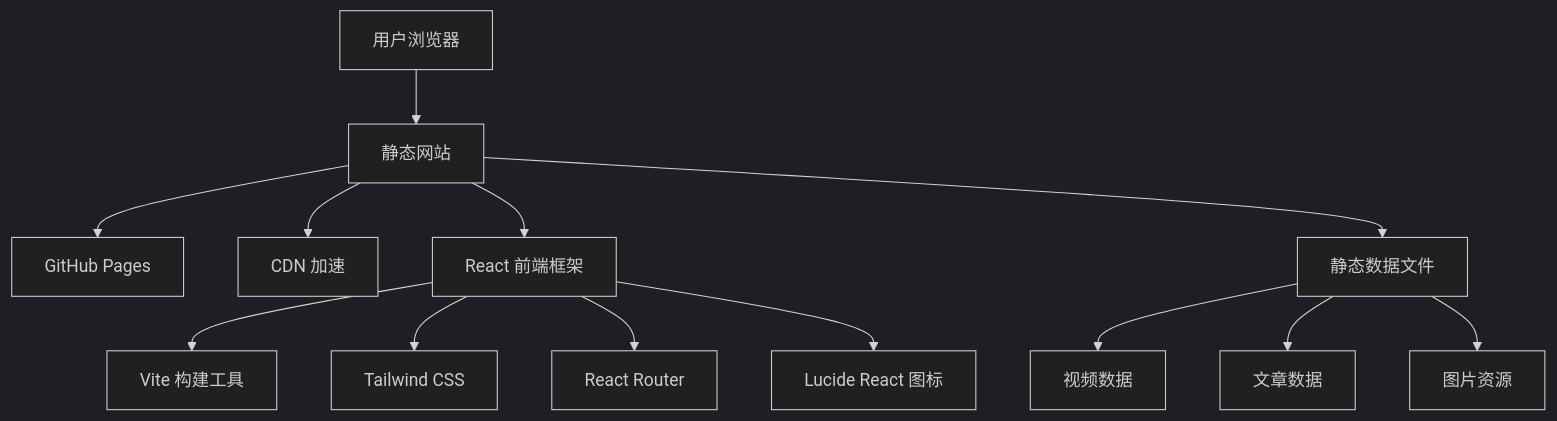
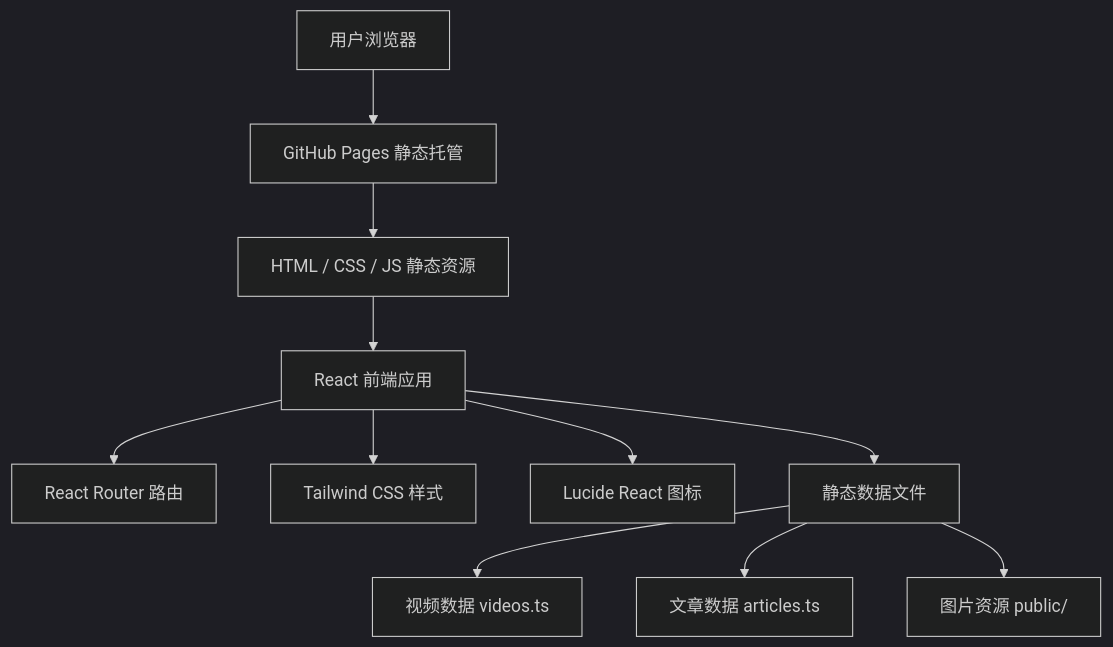
The diagram in .trae/documents/Technical-Architecture.md (Asterial0306/Asterial-Blog), drawn with Mermaid (dark theme) before and after one commit. The commit also changed other lines of this file and 37 other files, not shown here.

````diff
--- a/.trae/documents/Technical-Architecture.md
+++ b/.trae/documents/Technical-Architecture.md
@@ -2,15 +5,13 @@
 ```mermaid
 flowchart TD
-    A[用户浏览器] --> B[静态网站]
-    B --> C[GitHub Pages]
-    B --> D[CDN 加速]
-    B --> E[React 前端框架]
-    E --> F[Vite 构建工具]
-    E --> G[Tailwind CSS]
-    E --> H[React Router]
-    E --> I[Lucide React 图标]
-    B --> J[静态数据文件]
-    J --> K[视频数据]
-    J --> L[文章数据]
-    J --> M[图片资源]
+    A[用户浏览器] --> B[GitHub Pages 静态托管]
+    B --> C[HTML / CSS / JS 静态资源]
+    C --> D[React 前端应用]
+    D --> E[React Router 路由]
+    D --> F[Tailwind CSS 样式]
+    D --> G[Lucide React 图标]
+    D --> H[静态数据文件]
+    H --> I[视频数据 videos.ts]
+    H --> J[文章数据 articles.ts]
+    H --> K[图片资源 public/]
 ```
````
